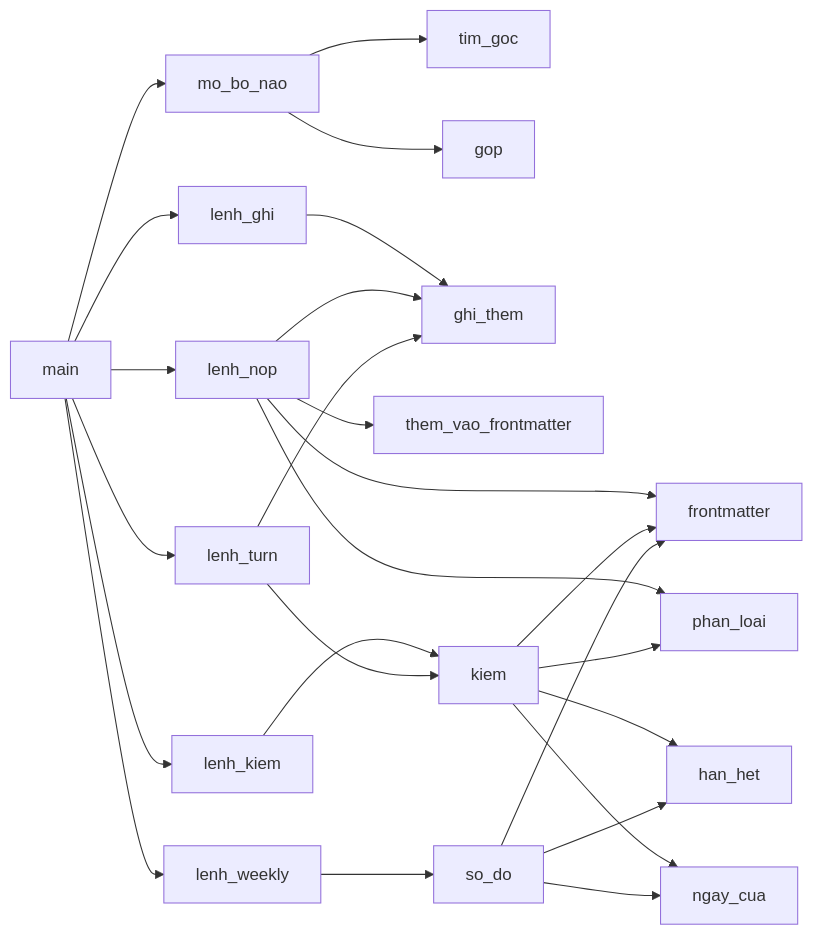
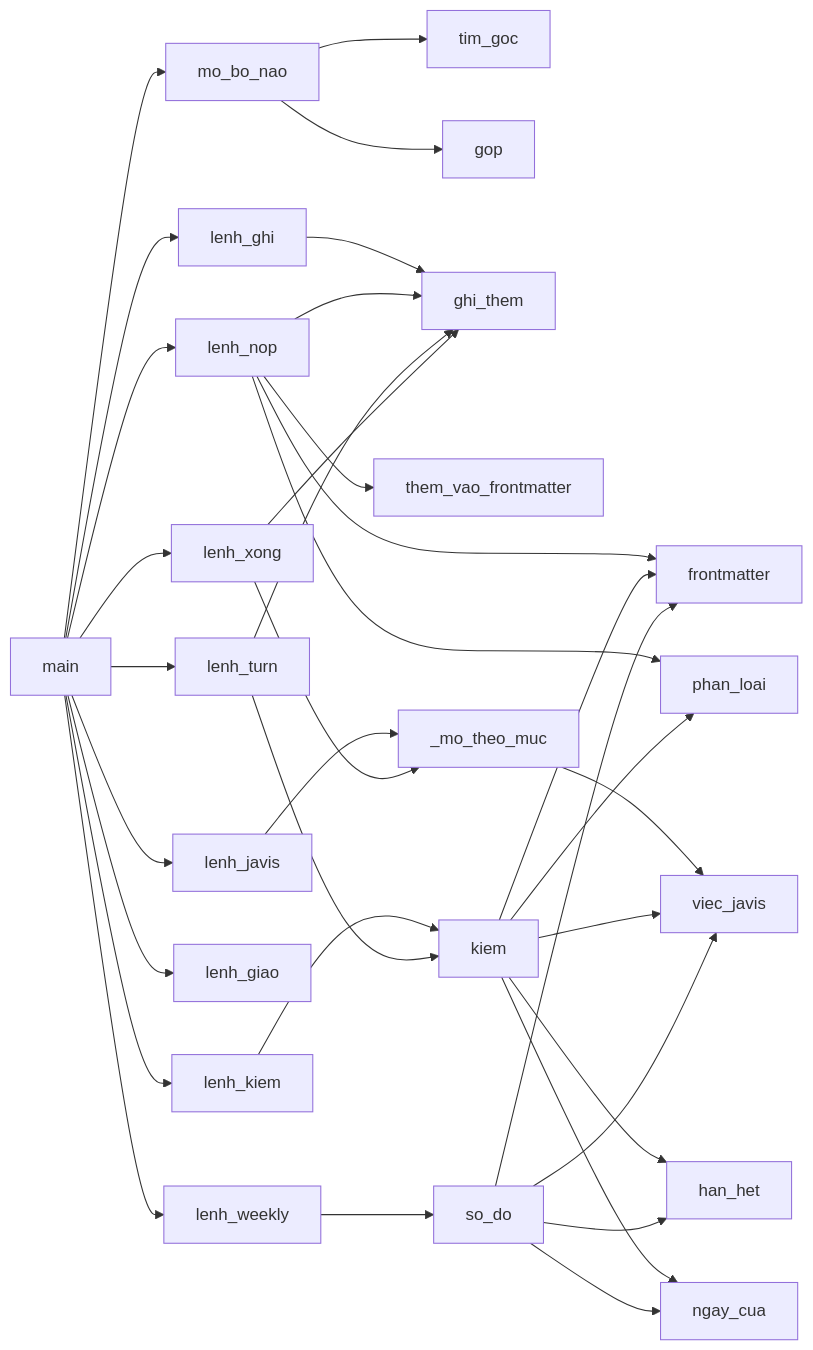
One commit to DaveTran243/Brain_Standard changed the third of 10 diagrams in docs/kien-truc-he-thong.md. Above: the diagram before and after it, drawn with Mermaid. The commit also changed other lines of this file and 2 other files, not shown here.

First line of the commit message:
DAB 3.0: đưa vòng Javis vào docs/kien-truc-he-thong.md, bỏ docs/dab-3.0.md

````diff
--- a/docs/kien-truc-he-thong.md
+++ b/docs/kien-truc-he-thong.md
@@ -297,21 +342,27 @@
 ```mermaid
 flowchart LR
   main --> mo_bo_nao --> tim_goc
   mo_bo_nao --> gop
   main --> lenh_ghi --> ghi_them
   main --> lenh_nop --> frontmatter
   lenh_nop --> phan_loai
   lenh_nop --> them_vao_frontmatter
   lenh_nop --> ghi_them
   main --> lenh_kiem --> kiem
   main --> lenh_turn --> kiem
   lenh_turn --> ghi_them
   main --> lenh_weekly --> so_do
+  main --> lenh_giao
+  main --> lenh_javis --> _mo_theo_muc --> viec_javis
+  main --> lenh_xong --> _mo_theo_muc
+  lenh_xong --> ghi_them
+  kiem --> viec_javis
+  so_do --> viec_javis
   kiem --> frontmatter
   kiem --> phan_loai
   kiem --> han_het
   kiem --> ngay_cua
   so_do --> frontmatter
   so_do --> han_het
   so_do --> ngay_cua
 ```
````
